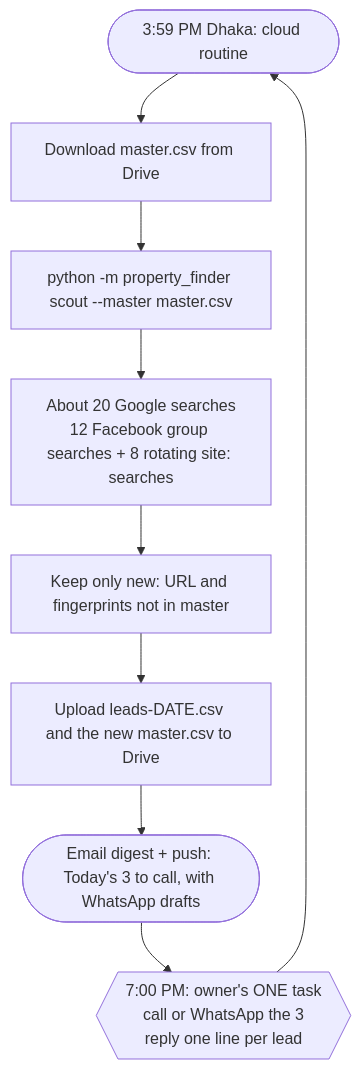
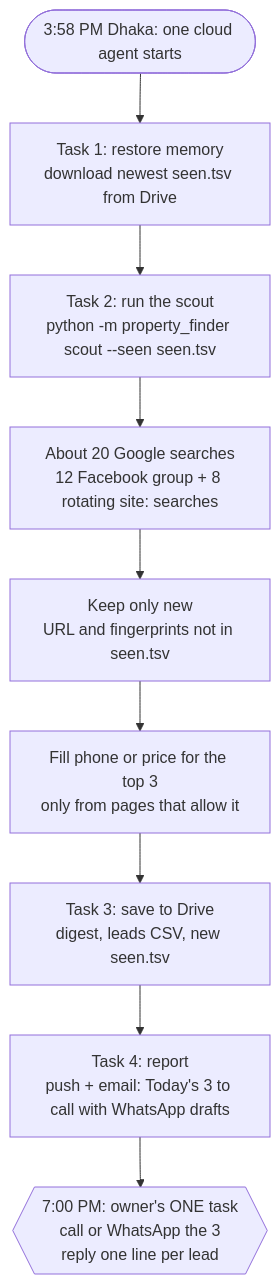
Before and after one commit to muneemhasani-tech/Muneem: the diagram in docs/MRA_Property_Hunt_Playbook.md, drawn with Mermaid. The commit also changed other lines of this file, not shown here.

First line of the commit message:
Playbook: one agent, four tasks, seen.tsv memory

````diff
--- a/docs/MRA_Property_Hunt_Playbook.md
+++ b/docs/MRA_Property_Hunt_Playbook.md
@@ -40,11 +41,11 @@
 ```mermaid
 flowchart TD
-    A([3:59 PM Dhaka: cloud routine]) --> B[Download master.csv from Drive]
-    B --> C[python -m property_finder scout --master master.csv]
-    C --> D[About 20 Google searches<br/>12 Facebook group searches + 8 rotating site: searches]
-    D --> E[Keep only new: URL and fingerprints not in master]
-    E --> F[Upload leads-DATE.csv and the new master.csv to Drive]
-    F --> G([Email digest + push: Today's 3 to call, with WhatsApp drafts])
-    G --> H{{7:00 PM: owner's ONE task<br/>call or WhatsApp the 3<br/>reply one line per lead}}
-    H --> A
+    A([3:58 PM Dhaka: one cloud agent starts]) --> T1[Task 1: restore memory<br/>download newest seen.tsv from Drive]
+    T1 --> T2[Task 2: run the scout<br/>python -m property_finder scout --seen seen.tsv]
+    T2 --> D[About 20 Google searches<br/>12 Facebook group + 8 rotating site: searches]
+    D --> E[Keep only new<br/>URL and fingerprints not in seen.tsv]
+    E --> F[Fill phone or price for the top 3<br/>only from pages that allow it]
+    F --> T3[Task 3: save to Drive<br/>digest, leads CSV, new seen.tsv]
+    T3 --> T4[Task 4: report<br/>push + email: Today's 3 to call with WhatsApp drafts]
+    T4 --> H{{7:00 PM: owner's ONE task<br/>call or WhatsApp the 3<br/>reply one line per lead}}
 ```
````
